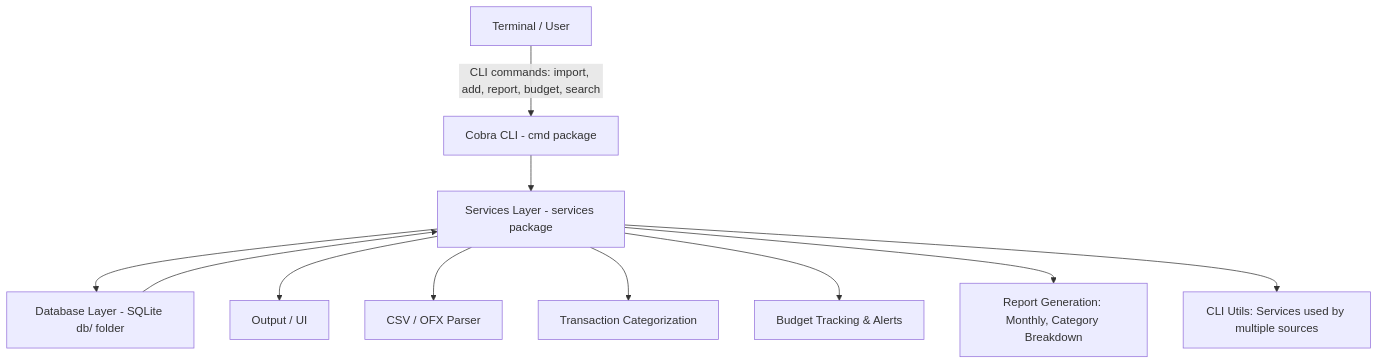
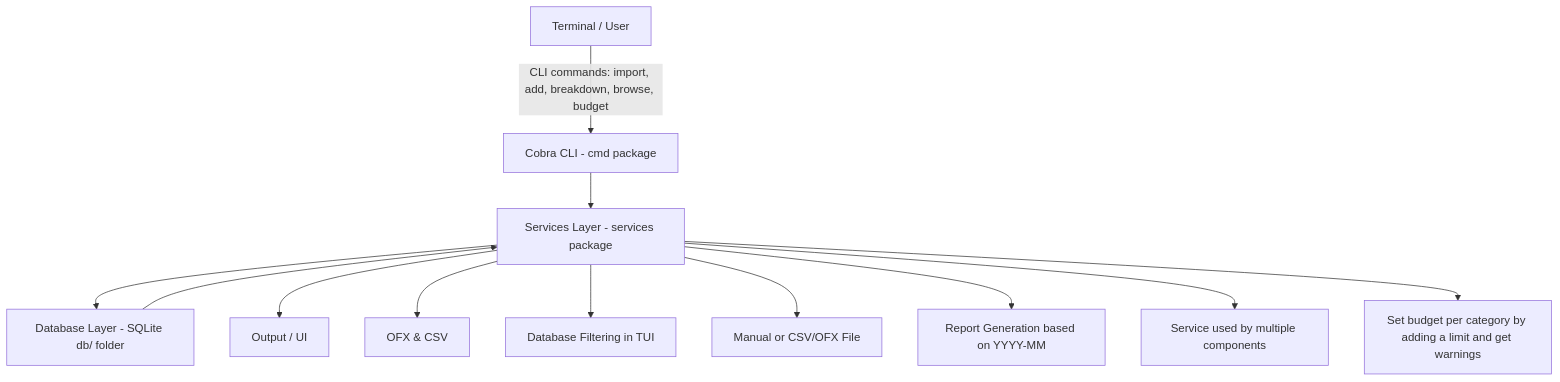
The diagram in README.md (sebianc/ATAD_project), drawn with Mermaid before and after one commit. The commit also changed other lines of this file, not shown here.

Commit message:
Revise README for CLI commands and system architecture
Updated README to reflect new CLI commands and services. Removed outdated notes and improved clarity on categorization.

````diff
--- a/README.md
+++ b/README.md
@@ -39,15 +38,16 @@
 ```mermaid
 graph TD
-    User[Terminal / User] -->|CLI commands: import, add, report, budget, search| CLI[Cobra CLI - cmd package]
+    User[Terminal / User] -->|CLI commands: import, add, breakdown, browse, budget| CLI[Cobra CLI - cmd package]
     CLI --> Services[Services Layer - services package]
     Services --> DB[Database Layer - SQLite db/ folder]
     DB --> Services
     Services --> Output[Output / UI]
 
     %% Services Details (without special characters)
-    Services --> Parser[CSV / OFX Parser]
-    Services --> Categorization[Transaction Categorization]
-    Services --> BudgetManager[Budget Tracking & Alerts]
-    Services --> ReportGen[Report Generation: Monthly, Category Breakdown]
-    Services --> CLIUtils[CLI Utils: Services used by multiple sources]
+    Services --> ImportService[OFX & CSV]
+    Services --> BrosweTUIService[Database Filtering in TUI]
+    Services --> AddService[Manual or CSV/OFX File]
+    Services --> BreakdownService[Report Generation based on YYYY-MM]
+    Services --> CLIUtils[Service used by multiple components]
+    Services --> BudgetService[Set budget per category by adding a limit and get warnings]
 ```
````
